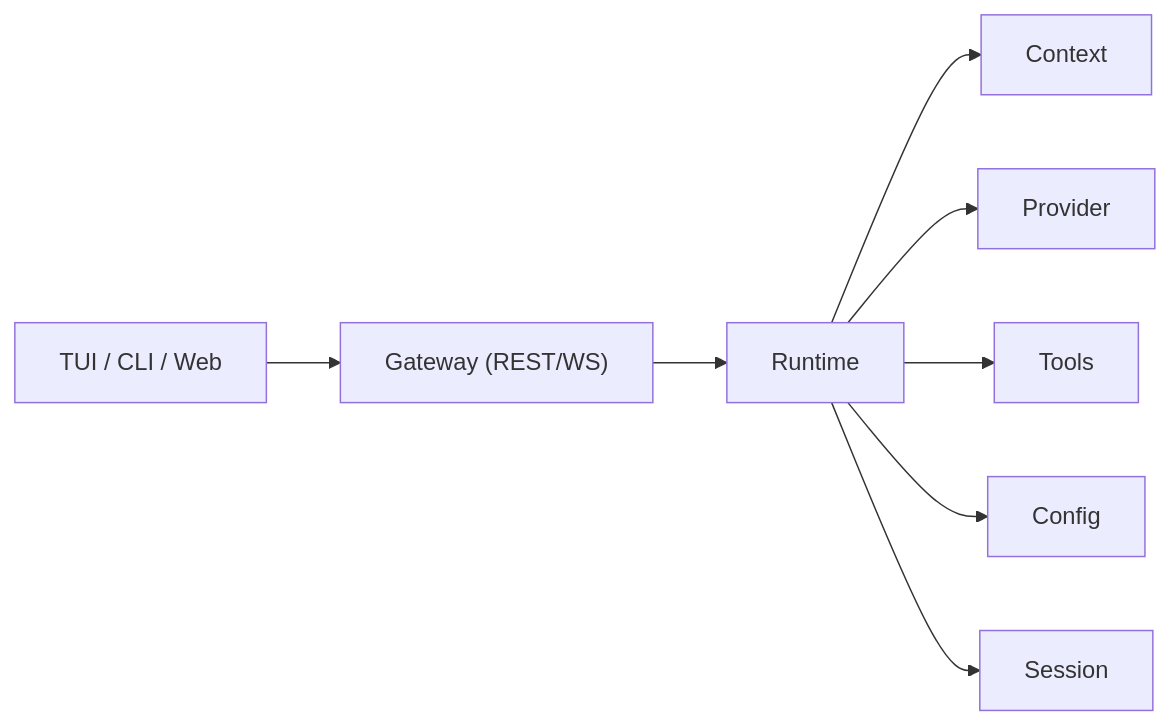
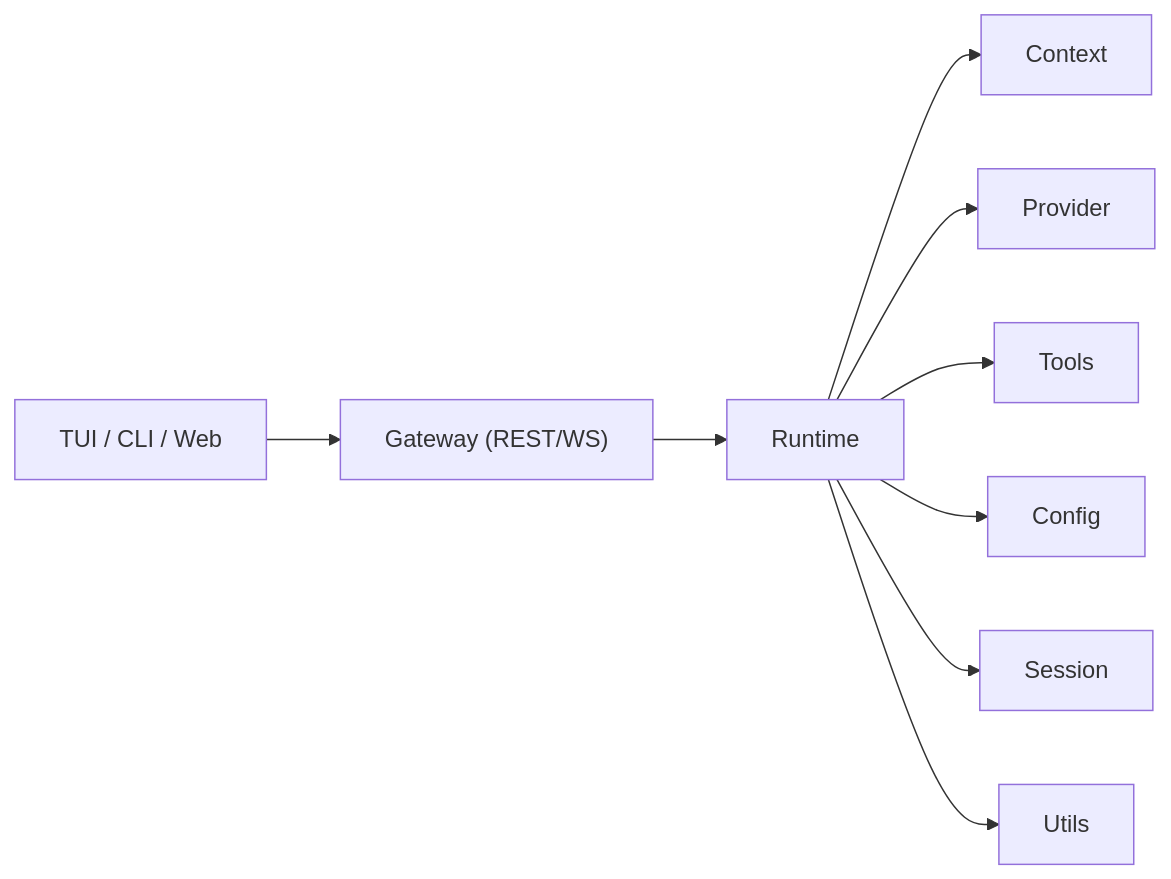
The second of 2 diagrams in docs/architecture/README.md (1024XEngineer/neo-code), drawn with Mermaid before and after one commit. The commit also changed other lines of this file and 4 other files, not shown here.

````diff
--- a/docs/architecture/README.md
+++ b/docs/architecture/README.md
@@ -30,10 +30,11 @@
 ```mermaid
 flowchart LR
     Client["TUI / CLI / Web"] --> Gateway["Gateway (REST/WS)"]
     Gateway --> Runtime["Runtime"]
     Runtime --> Context["Context"]
     Runtime --> Provider["Provider"]
     Runtime --> Tools["Tools"]
     Runtime --> Config["Config"]
     Runtime --> Session["Session"]
+    Runtime --> Utils["Utils"]
 ```
````
